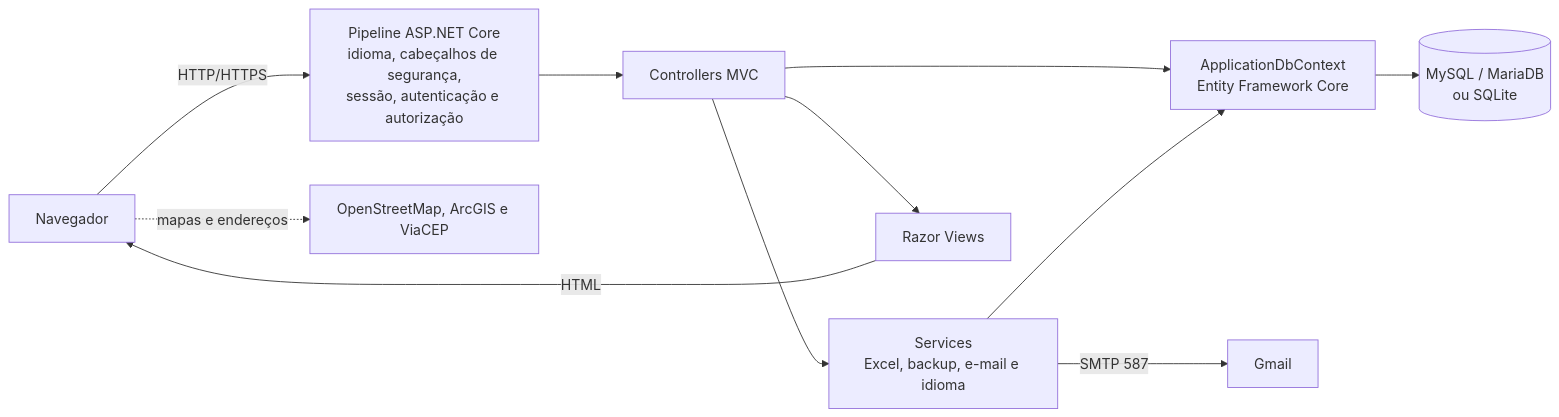
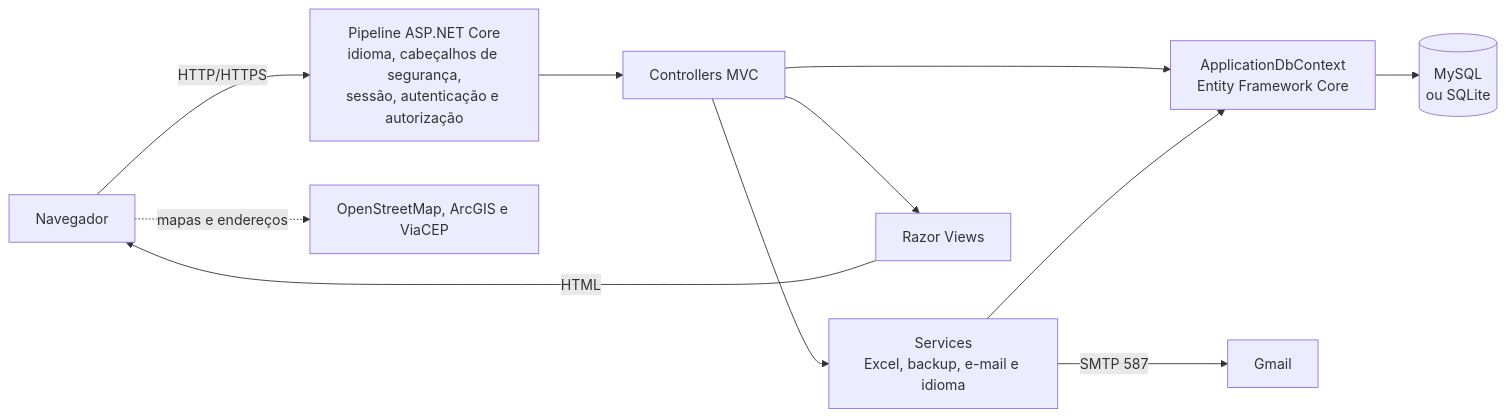
Before and after one commit to Oroboni/InsEmpodera: the diagram in README.md, drawn with Mermaid. The commit also changed other lines of this file and 135 other files, not shown here.

````diff
--- a/README.md
+++ b/README.md
@@ -134,13 +134,13 @@
 ```mermaid
 flowchart LR
     U["Navegador"] -->|HTTP/HTTPS| P["Pipeline ASP.NET Core<br/>idioma, cabeçalhos de segurança,<br/>sessão, autenticação e autorização"]
     P --> C["Controllers MVC"]
     C --> S["Services<br/>Excel, backup, e-mail e idioma"]
     C --> D["ApplicationDbContext<br/>Entity Framework Core"]
     S --> D
-    D --> DB[("MySQL / MariaDB<br/>ou SQLite")]
+    D --> DB[("MySQL<br/>ou SQLite")]
     C --> V["Razor Views"]
     V -->|HTML| U
     S -->|SMTP 587| G["Gmail"]
     U -.->|mapas e endereços| E["OpenStreetMap, ArcGIS e ViaCEP"]
 ```
````
